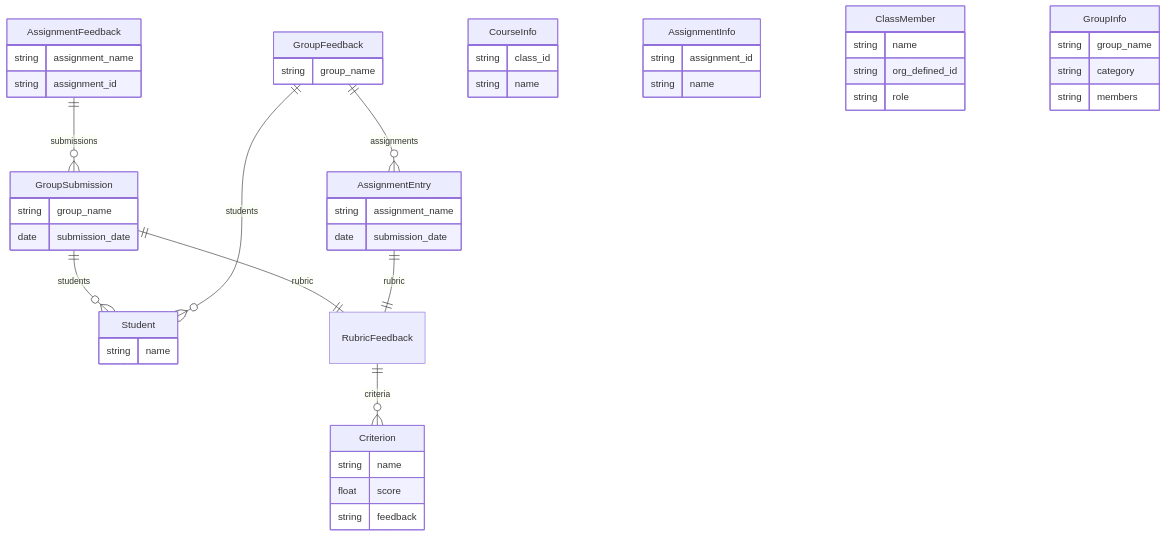
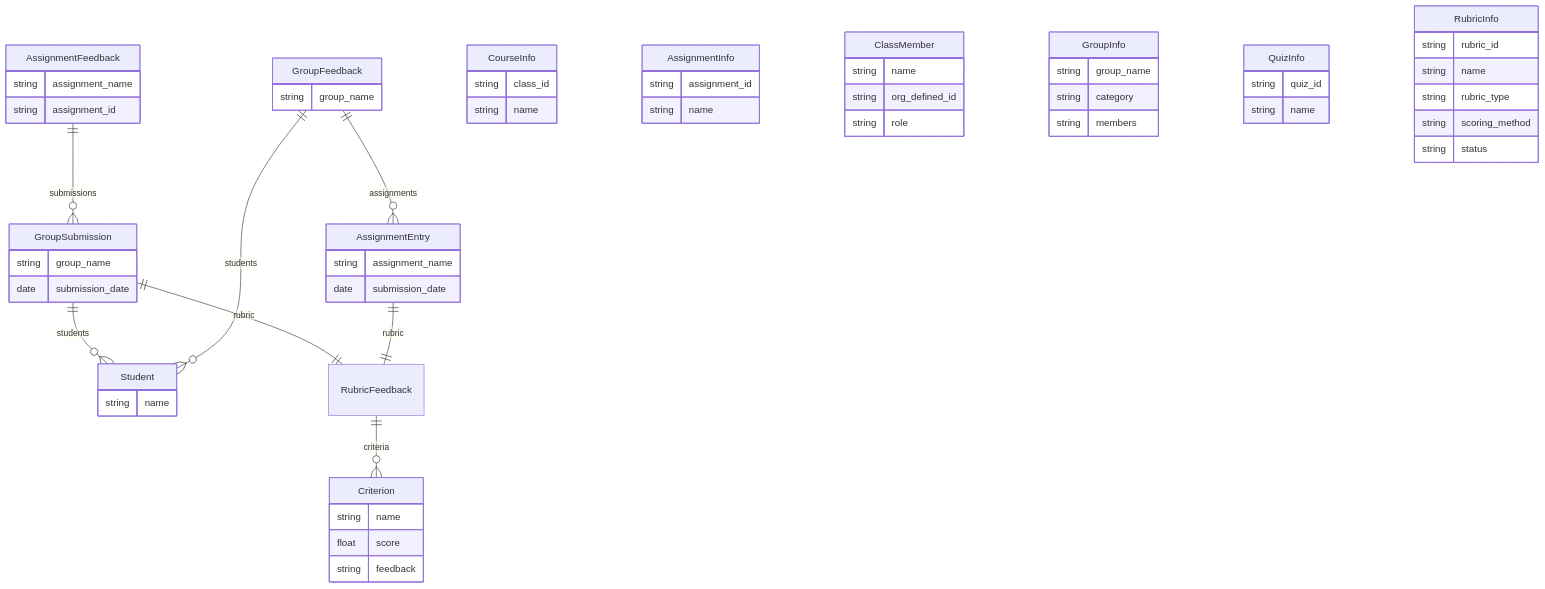
One commit to jan-ru/hva-tools changed the diagram in docs/entity-relationship.md. Above: the diagram before and after it, drawn with Mermaid. The commit also changed other lines of this file and 14 other files, not shown here.

````diff
--- a/docs/entity-relationship.md
+++ b/docs/entity-relationship.md
@@ -79,4 +79,17 @@
         string category
         string members
     }
+
+    QuizInfo {
+        string quiz_id
+        string name
+    }
+
+    RubricInfo {
+        string rubric_id
+        string name
+        string rubric_type
+        string scoring_method
+        string status
+    }
 ```
````
